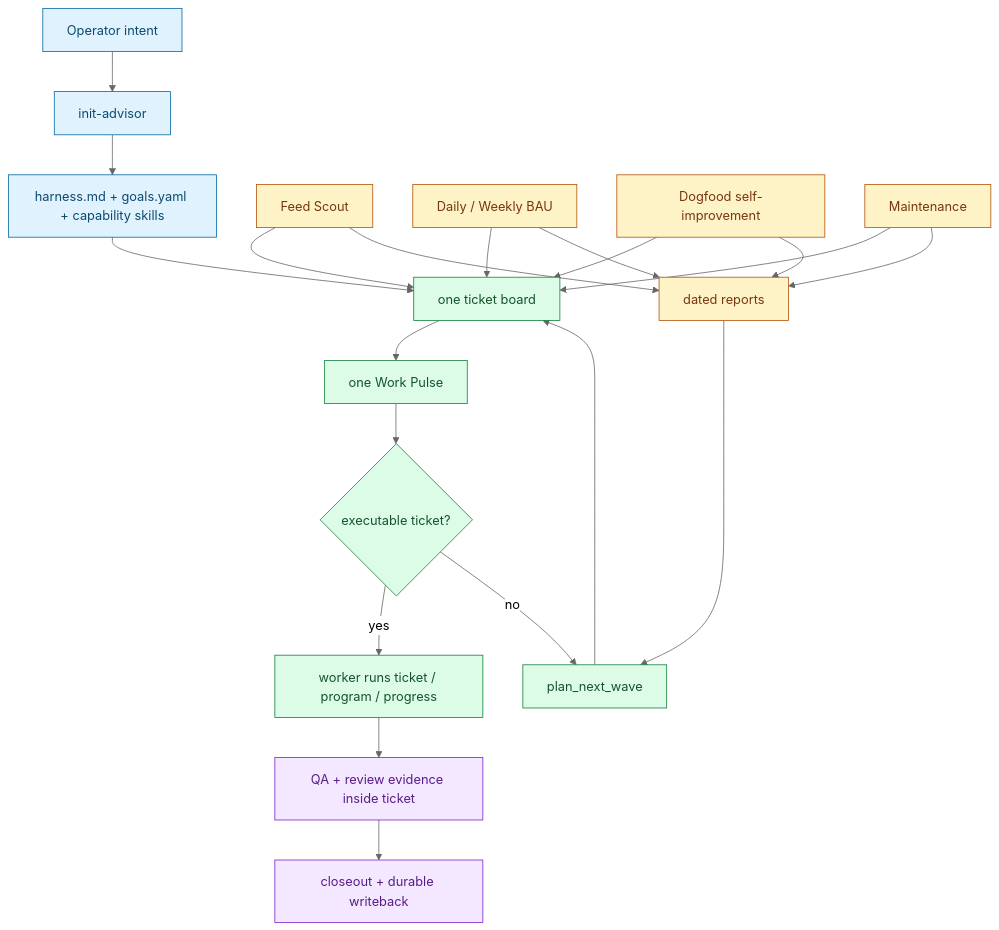
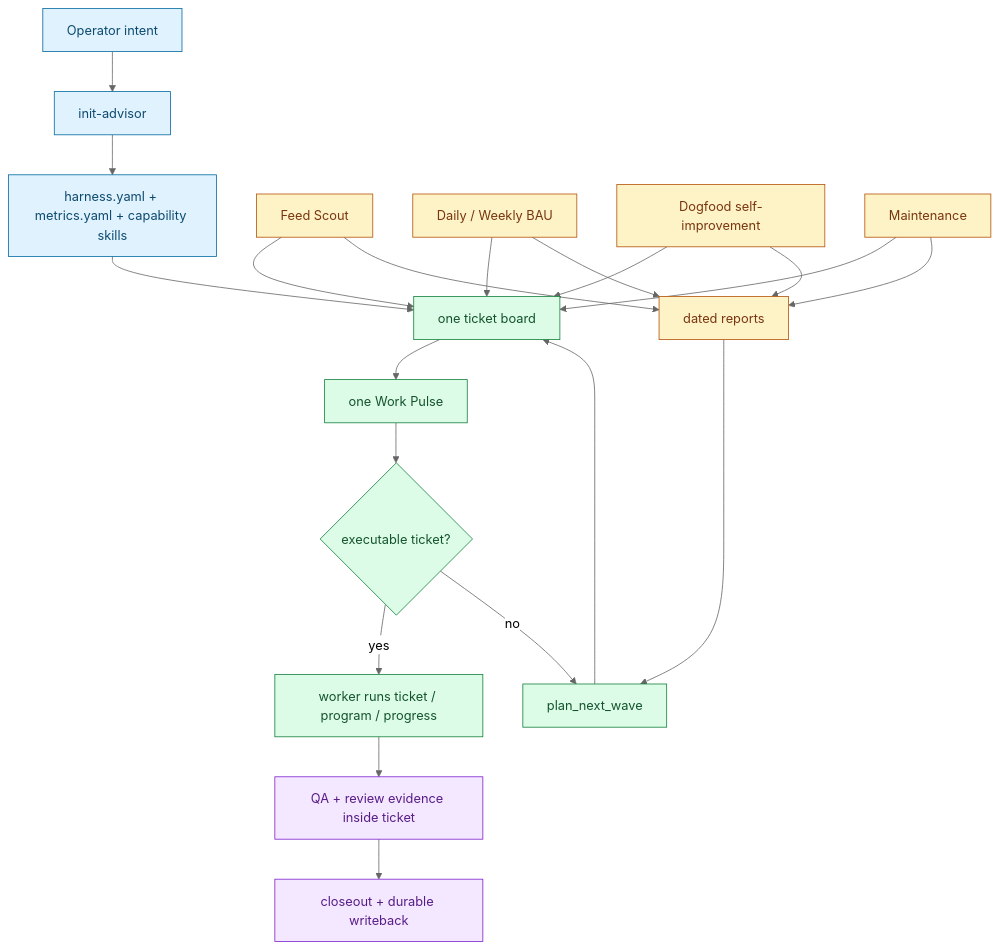
Before and after one commit to ZanarkandTechnologies/Farplane: the diagram in docs/farplane-framework/lifecycle.md, drawn with Mermaid (neutral theme). The commit also changed other lines of this file and 122 other files, not shown here.

````diff
--- a/docs/farplane-framework/lifecycle.md
+++ b/docs/farplane-framework/lifecycle.md
@@ -67,28 +68,28 @@
 ```mermaid
 flowchart TD
   classDef program fill:#e0f2fe,stroke:#0369a1,color:#0c4a6e
   classDef work fill:#dcfce7,stroke:#15803d,color:#14532d
   classDef source fill:#fef3c7,stroke:#b45309,color:#78350f
   classDef proof fill:#f3e8ff,stroke:#7e22ce,color:#581c87
 
   A["Operator intent"]:::program --> B["init-advisor"]:::program
-  B --> C["harness.md + goals.yaml + capability skills"]:::program
+  B --> C["harness.yaml + metrics.yaml + capability skills"]:::program
   C --> D["one ticket board"]:::work
   D --> E["one Work Pulse"]:::work
   E --> F{"executable ticket?"}:::work
   F -->|yes| G["worker runs ticket / program / progress"]:::work
   F -->|no| H["plan_next_wave"]:::work
   H --> D
   G --> I["QA + review evidence inside ticket"]:::proof
   I --> J["closeout + durable writeback"]:::proof
 
   K["Feed Scout"]:::source --> D
   L["Daily / Weekly BAU"]:::source --> D
   M["Dogfood self-improvement"]:::source --> D
   N["Maintenance"]:::source --> D
   K --> O["dated reports"]:::source
   L --> O
   M --> O
   N --> O
   O --> H
 ```
````
